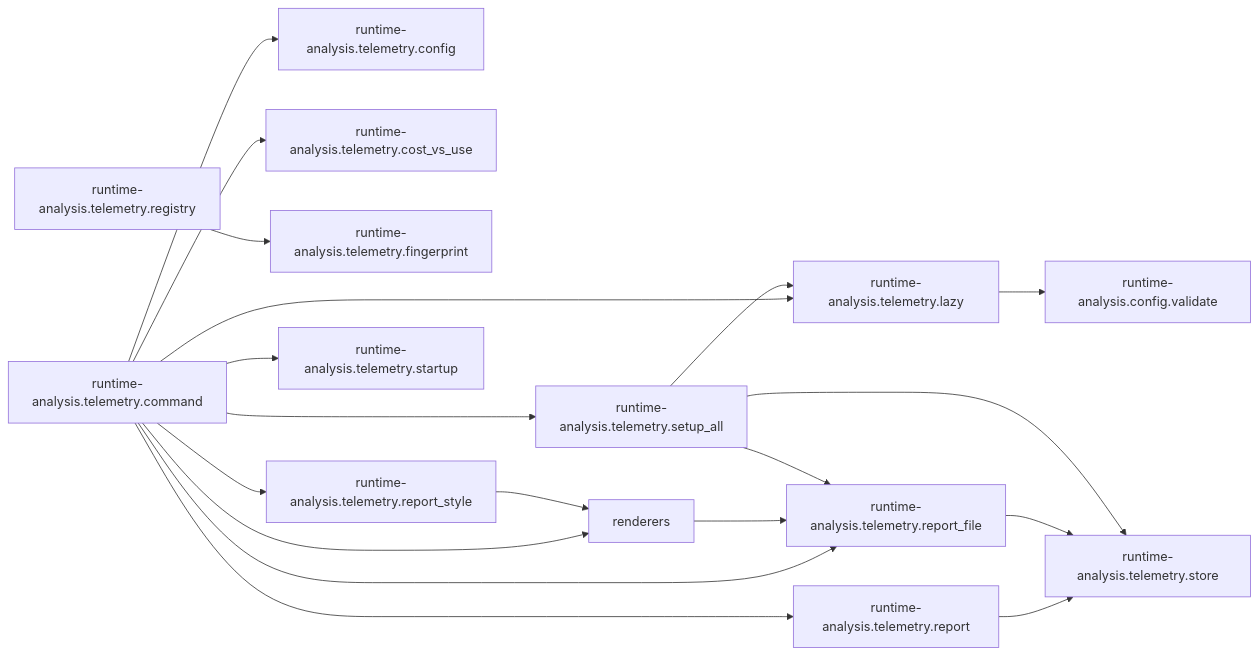
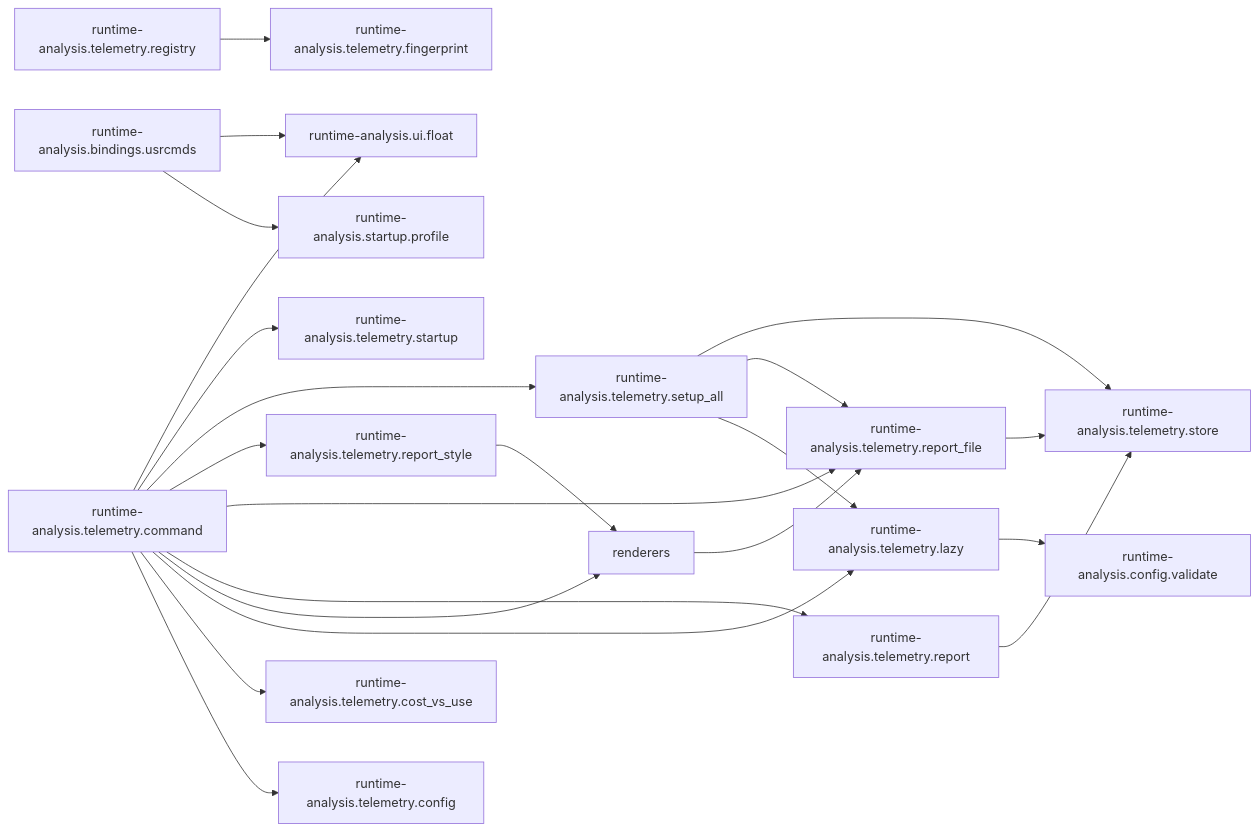
One commit to StefanBartl/runtime-analysis.nvim changed the second of 2 diagrams in docs/map/overview.md. Above: the diagram before and after it, drawn with Mermaid. The commit also changed other lines of this file and 2 other files, not shown here.

Commit message:
docs(map): regenerate module map [skip ci]

````diff
--- a/docs/map/overview.md
+++ b/docs/map/overview.md
@@ -36,35 +38,41 @@
 ```mermaid
 flowchart LR
+  nlua_runtime_analysis_bindings_usrcmds_lua["runtime-analysis.bindings.usrcmds"]
   nlua_runtime_analysis_config_validate_lua["runtime-analysis.config.validate"]
+  nlua_runtime_analysis_startup_profile_lua["runtime-analysis.startup.profile"]
   nlua_runtime_analysis_telemetry_command_lua["runtime-analysis.telemetry.command"]
   nlua_runtime_analysis_telemetry_config_lua["runtime-analysis.telemetry.config"]
   nlua_runtime_analysis_telemetry_cost_vs_use_lua["runtime-analysis.telemetry.cost_vs_use"]
   nlua_runtime_analysis_telemetry_fingerprint_lua["runtime-analysis.telemetry.fingerprint"]
   nlua_runtime_analysis_telemetry_lazy_lua["runtime-analysis.telemetry.lazy"]
   nlua_runtime_analysis_telemetry_registry_lua["runtime-analysis.telemetry.registry"]
   nlua_runtime_analysis_telemetry_renderers["renderers"]
   nlua_runtime_analysis_telemetry_report_lua["runtime-analysis.telemetry.report"]
   nlua_runtime_analysis_telemetry_report_file_lua["runtime-analysis.telemetry.report_file"]
   nlua_runtime_analysis_telemetry_report_style_lua["runtime-analysis.telemetry.report_style"]
   nlua_runtime_analysis_telemetry_setup_all_lua["runtime-analysis.telemetry.setup_all"]
   nlua_runtime_analysis_telemetry_startup_lua["runtime-analysis.telemetry.startup"]
   nlua_runtime_analysis_telemetry_store_lua["runtime-analysis.telemetry.store"]
+  nlua_runtime_analysis_ui_float_lua["runtime-analysis.ui.float"]
+  nlua_runtime_analysis_bindings_usrcmds_lua --> nlua_runtime_analysis_startup_profile_lua
+  nlua_runtime_analysis_bindings_usrcmds_lua --> nlua_runtime_analysis_ui_float_lua
   nlua_runtime_analysis_telemetry_command_lua --> nlua_runtime_analysis_telemetry_config_lua
   nlua_runtime_analysis_telemetry_command_lua --> nlua_runtime_analysis_telemetry_cost_vs_use_lua
   nlua_runtime_analysis_telemetry_command_lua --> nlua_runtime_analysis_telemetry_lazy_lua
   nlua_runtime_analysis_telemetry_command_lua --> nlua_runtime_analysis_telemetry_renderers
   nlua_runtime_analysis_telemetry_command_lua --> nlua_runtime_analysis_telemetry_report_lua
   nlua_runtime_analysis_telemetry_command_lua --> nlua_runtime_analysis_telemetry_report_file_lua
   nlua_runtime_analysis_telemetry_command_lua --> nlua_runtime_analysis_telemetry_report_style_lua
   nlua_runtime_analysis_telemetry_command_lua --> nlua_runtime_analysis_telemetry_setup_all_lua
   nlua_runtime_analysis_telemetry_command_lua --> nlua_runtime_analysis_telemetry_startup_lua
+  nlua_runtime_analysis_telemetry_command_lua --> nlua_runtime_analysis_ui_float_lua
   nlua_runtime_analysis_telemetry_lazy_lua --> nlua_runtime_analysis_config_validate_lua
   nlua_runtime_analysis_telemetry_registry_lua --> nlua_runtime_analysis_telemetry_fingerprint_lua
   nlua_runtime_analysis_telemetry_renderers --> nlua_runtime_analysis_telemetry_report_file_lua
   nlua_runtime_analysis_telemetry_report_lua --> nlua_runtime_analysis_telemetry_store_lua
   nlua_runtime_analysis_telemetry_report_file_lua --> nlua_runtime_analysis_telemetry_store_lua
   nlua_runtime_analysis_telemetry_report_style_lua --> nlua_runtime_analysis_telemetry_renderers
   nlua_runtime_analysis_telemetry_setup_all_lua --> nlua_runtime_analysis_telemetry_lazy_lua
   nlua_runtime_analysis_telemetry_setup_all_lua --> nlua_runtime_analysis_telemetry_report_file_lua
   nlua_runtime_analysis_telemetry_setup_all_lua --> nlua_runtime_analysis_telemetry_store_lua
 ```
````
